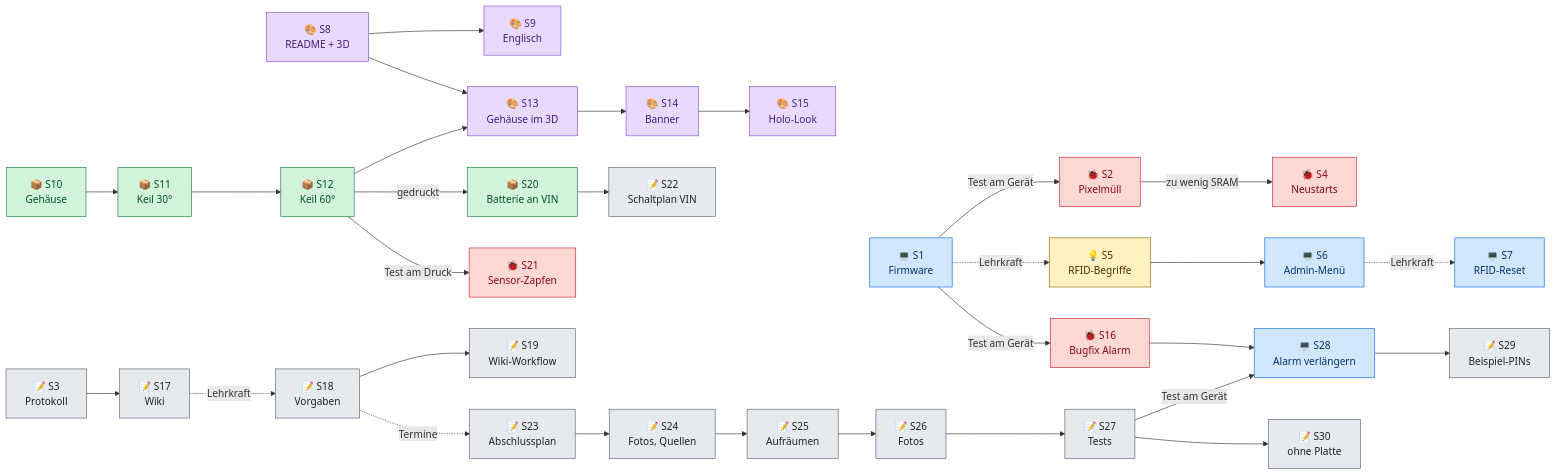
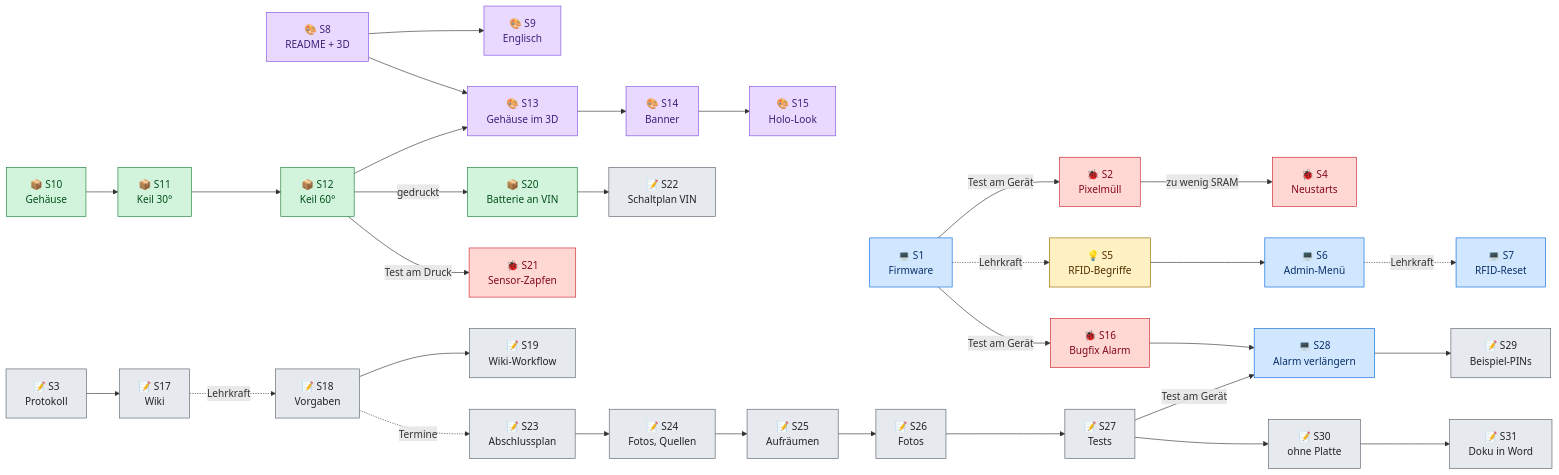
One commit to BBZ-AIFS51/LF7-Projekt_GAS changed the second of 3 diagrams in wiki/Entwicklungsverlauf.md. Above: the diagram before and after it, drawn with Mermaid. The commit also changed other lines of this file and 5 other files, not shown here.

````diff
--- a/wiki/Entwicklungsverlauf.md
+++ b/wiki/Entwicklungsverlauf.md
@@ -69,66 +70,67 @@
 ```mermaid
 flowchart LR
     P1["💻 S1<br/>Firmware"]
     P2["🐞 S2<br/>Pixelmüll"]
     P3["📝 S3<br/>Protokoll"]
     P4["🐞 S4<br/>Neustarts"]
     P5["💡 S5<br/>RFID-Begriffe"]
     P6["💻 S6<br/>Admin-Menü"]
     P7["💻 S7<br/>RFID-Reset"]
     P8["🎨 S8<br/>README + 3D"]
     P9["🎨 S9<br/>Englisch"]
     P10["📦 S10<br/>Gehäuse"]
     P11["📦 S11<br/>Keil 30°"]
     P12["📦 S12<br/>Keil 60°"]
     P13["🎨 S13<br/>Gehäuse im 3D"]
     P14["🎨 S14<br/>Banner"]
     P15["🎨 S15<br/>Holo-Look"]
     P16["🐞 S16<br/>Bugfix Alarm"]
     P17["📝 S17<br/>Wiki"]
     P18["📝 S18<br/>Vorgaben"]
     P19["📝 S19<br/>Wiki-Workflow"]
     P20["📦 S20<br/>Batterie an VIN"]
     P21["🐞 S21<br/>Sensor-Zapfen"]
     P22["📝 S22<br/>Schaltplan VIN"]
     P23["📝 S23<br/>Abschlussplan"]
     P24["📝 S24<br/>Fotos, Quellen"]
     P25["📝 S25<br/>Aufräumen"]
     P26["📝 S26<br/>Fotos"]
     P27["📝 S27<br/>Tests"]
     P28["💻 S28<br/>Alarm verlängern"]
     P29["📝 S29<br/>Beispiel-PINs"]
     P30["📝 S30<br/>ohne Platte"]
+    P31["📝 S31<br/>Doku in Word"]
 
     P1 -- "Test am Gerät" --> P2 -- "zu wenig SRAM" --> P4
     P1 -. "Lehrkraft" .-> P5 --> P6
     P6 -. "Lehrkraft" .-> P7
     P1 -- "Test am Gerät" --> P16
     P8 --> P9
     P8 --> P13
     P10 --> P11 --> P12 --> P13
     P12 -- "gedruckt" --> P20
     P12 -- "Test am Druck" --> P21
     P20 --> P22
     P13 --> P14 --> P15
     P3 --> P17
     P17 -. "Lehrkraft" .-> P18
     P18 --> P19
     P18 -. "Termine" .-> P23
     P23 --> P24 --> P25 --> P26 --> P27
     P16 --> P28
     P27 -- "Test am Gerät" --> P28 --> P29
-    P27 --> P30
+    P27 --> P30 --> P31
 
     classDef fw fill:#d0e7ff,stroke:#0969da,color:#0a3069
     classDef bug fill:#ffd8d3,stroke:#cf222e,color:#82071e
     classDef info fill:#fff1c2,stroke:#9a6700,color:#4d2d00
     classDef vis fill:#ead9ff,stroke:#8250df,color:#3e1f79
     classDef box fill:#d2f4dc,stroke:#1a7f37,color:#044f1e
     classDef doc fill:#e6e9ed,stroke:#59636e,color:#1f2328
     class P1,P6,P7,P28 fw
     class P2,P4,P16,P21 bug
     class P5 info
     class P8,P9,P13,P14,P15 vis
     class P10,P11,P12,P20 box
-    class P3,P17,P18,P19,P22,P23,P24,P25,P26,P27,P29,P30 doc
+    class P3,P17,P18,P19,P22,P23,P24,P25,P26,P27,P29,P30,P31 doc
 ```
````
